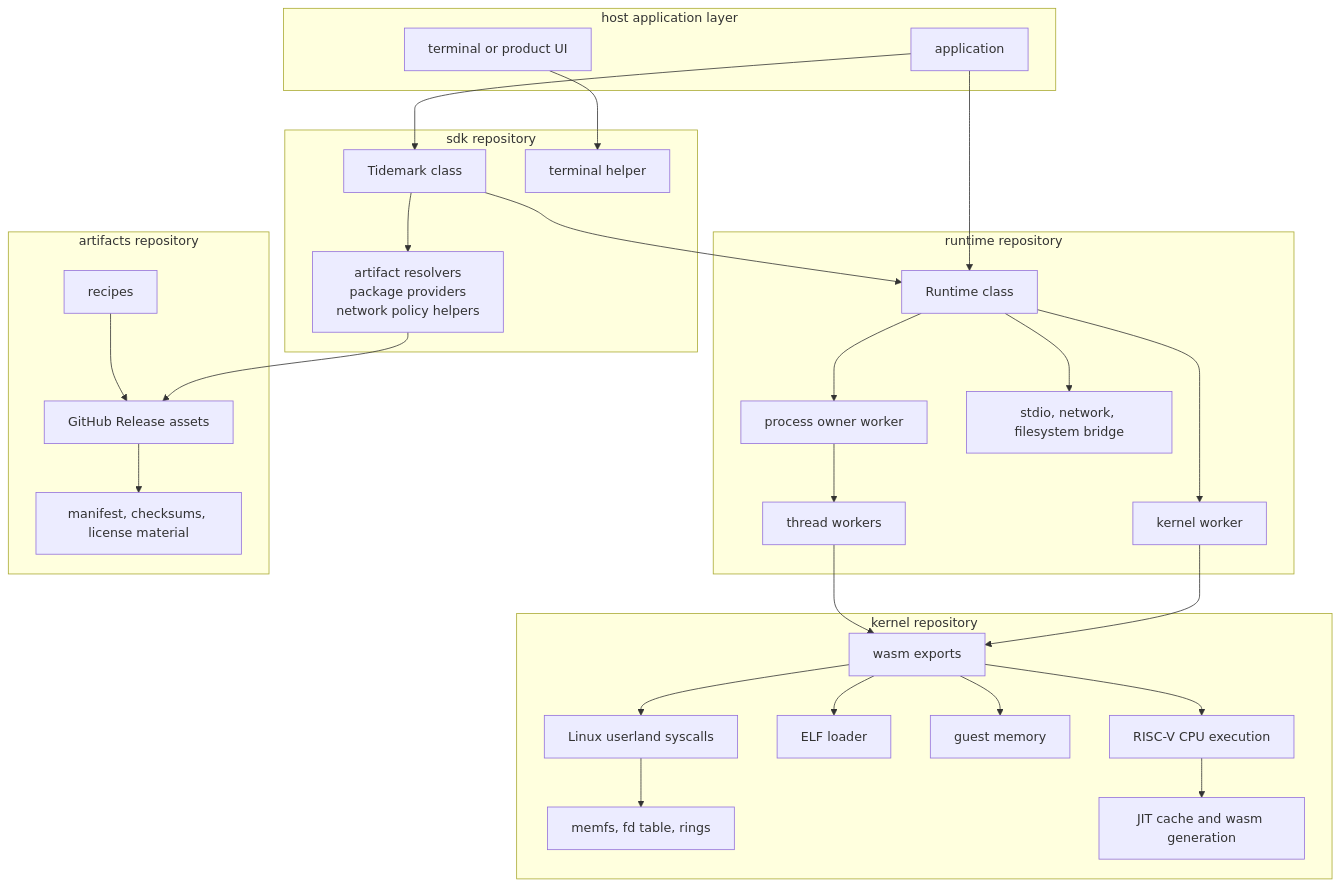
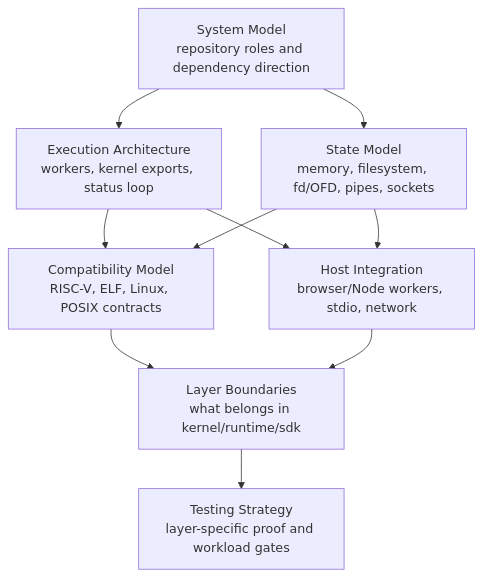
The diagram in docs/architecture.md (tidemarksh/docs), drawn with Mermaid before and after one commit. The commit also changed other lines of this file and 11 other files, not shown here.

Commit message:
docs: restructure architecture section

````diff
--- a/docs/architecture.md
+++ b/docs/architecture.md
@@ -14,58 +19,20 @@
 ```mermaid
 flowchart TB
-  subgraph Host["host application layer"]
-    App["application"]
-    Terminal["terminal or product UI"]
-  end
+  System["System Model<br/>repository roles and dependency direction"]
+  Execution["Execution Architecture<br/>workers, kernel exports, status loop"]
+  State["State Model<br/>memory, filesystem, fd/OFD, pipes, sockets"]
+  Compatibility["Compatibility Model<br/>RISC-V, ELF, Linux, POSIX contracts"]
+  Host["Host Integration<br/>browser/Node workers, stdio, network"]
+  Boundaries["Layer Boundaries<br/>what belongs in kernel/runtime/sdk"]
+  Tests["Testing Strategy<br/>layer-specific proof and workload gates"]
 
-  subgraph SDK["sdk repository"]
-    Tidemark["Tidemark class"]
-    Providers["artifact resolvers<br/>package providers<br/>network policy helpers"]
-    TerminalAPI["terminal helper"]
-  end
-
-  subgraph Runtime["runtime repository"]
-    RuntimeAPI["Runtime class"]
-    KernelWorker["kernel worker"]
-    ProcessOwner["process owner worker"]
-    ThreadWorkers["thread workers"]
-    HostBridge["stdio, network, filesystem bridge"]
-  end
-
-  subgraph Kernel["kernel repository"]
-    Exports["wasm exports"]
-    CPU["RISC-V CPU execution"]
-    ELF["ELF loader"]
-    GuestMem["guest memory"]
-    Syscalls["Linux userland syscalls"]
-    KernelFS["memfs, fd table, rings"]
-    JIT["JIT cache and wasm generation"]
-  end
-
-  subgraph Artifacts["artifacts repository"]
-    Recipes["recipes"]
-    Releases["GitHub Release assets"]
-    Metadata["manifest, checksums, license material"]
-  end
-
-  App --> Tidemark
-  App --> RuntimeAPI
-  Terminal --> TerminalAPI
-  Tidemark --> RuntimeAPI
-  Tidemark --> Providers
-  Providers --> Releases
-  Recipes --> Releases
-  Releases --> Metadata
-  RuntimeAPI --> KernelWorker
-  RuntimeAPI --> ProcessOwner
-  ProcessOwner --> ThreadWorkers
-  RuntimeAPI --> HostBridge
-  KernelWorker --> Exports
-  ThreadWorkers --> Exports
-  Exports --> CPU
-  Exports --> ELF
-  Exports --> GuestMem
-  Exports --> Syscalls
-  Syscalls --> KernelFS
-  CPU --> JIT
+  System --> Execution
+  System --> State
+  Execution --> Compatibility
+  State --> Compatibility
+  Execution --> Host
+  State --> Host
+  Compatibility --> Boundaries
+  Host --> Boundaries
+  Boundaries --> Tests
 ```
````
